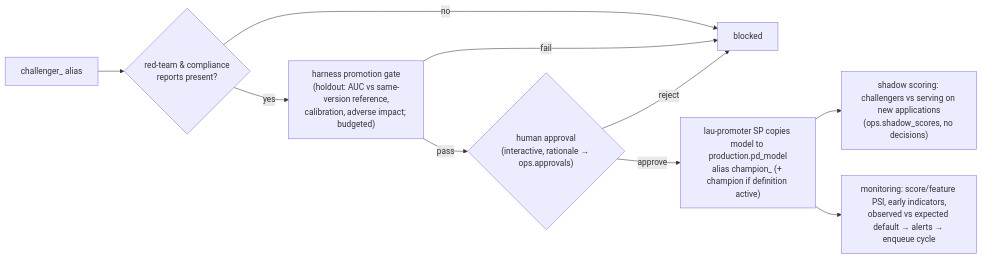
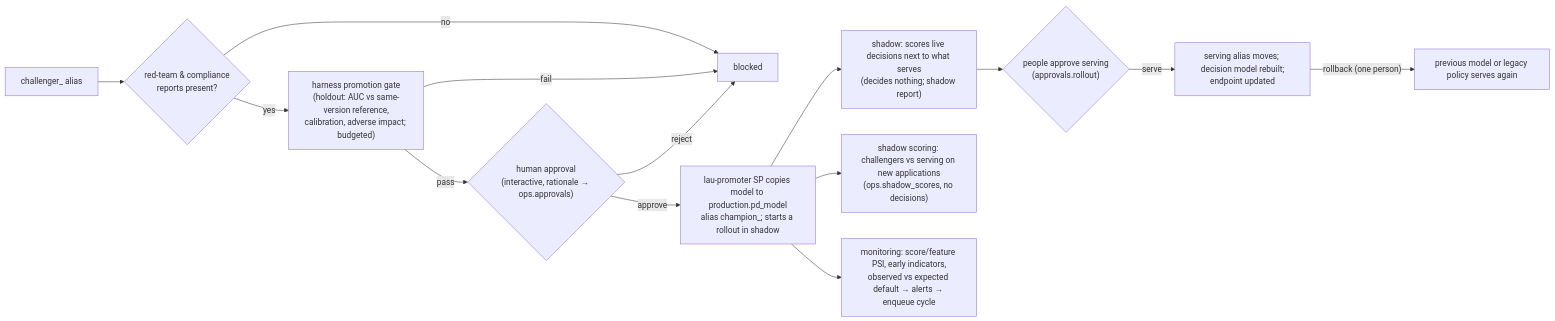
Before and after one commit to aleksarias/lending-agentic-underwriting: the fourth of 6 diagrams in README.md, drawn with Mermaid. The commit also changed other lines of this file and 61 other files, not shown here.

````diff
--- a/README.md
+++ b/README.md
@@ -231,12 +231,16 @@
 ```mermaid
 flowchart LR
   A["challenger_<v> alias"] --> B{"red-team & compliance\nreports present?"}
   B -- no --> X[blocked]
   B -- yes --> G["harness promotion gate\n(holdout: AUC vs same-version reference,\ncalibration, adverse impact; budgeted)"]
   G -- fail --> X
   G -- pass --> H{"human approval\n(interactive, rationale → ops.approvals)"}
   H -- reject --> X
-  H -- approve --> P["lau-promoter SP copies model to production.pd_model\nalias champion_<v> (+ champion if definition active)"]
+  H -- approve --> P["lau-promoter SP copies model to production.pd_model\nalias champion_<v>; starts a rollout in shadow"]
+  P --> R["shadow: scores live decisions next to what serves\n(decides nothing; shadow report)"]
+  R --> RA{"people approve serving\n(approvals.rollout)"}
+  RA -- serve --> SV["serving alias moves; decision model rebuilt;\nendpoint updated"]
+  SV -- "rollback (one person)" --> RB["previous model or legacy policy serves again"]
   P --> S["shadow scoring: challengers vs serving on new applications\n(ops.shadow_scores, no decisions)"]
   P --> MON["monitoring: score/feature PSI, early indicators,\nobserved vs expected default → alerts → enqueue cycle"]
 ```
````
